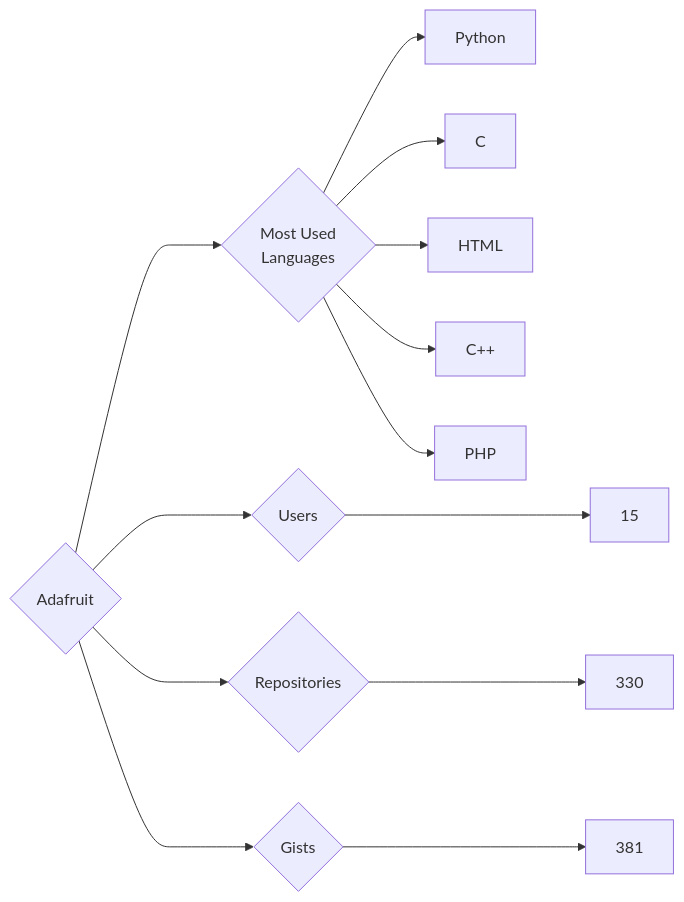
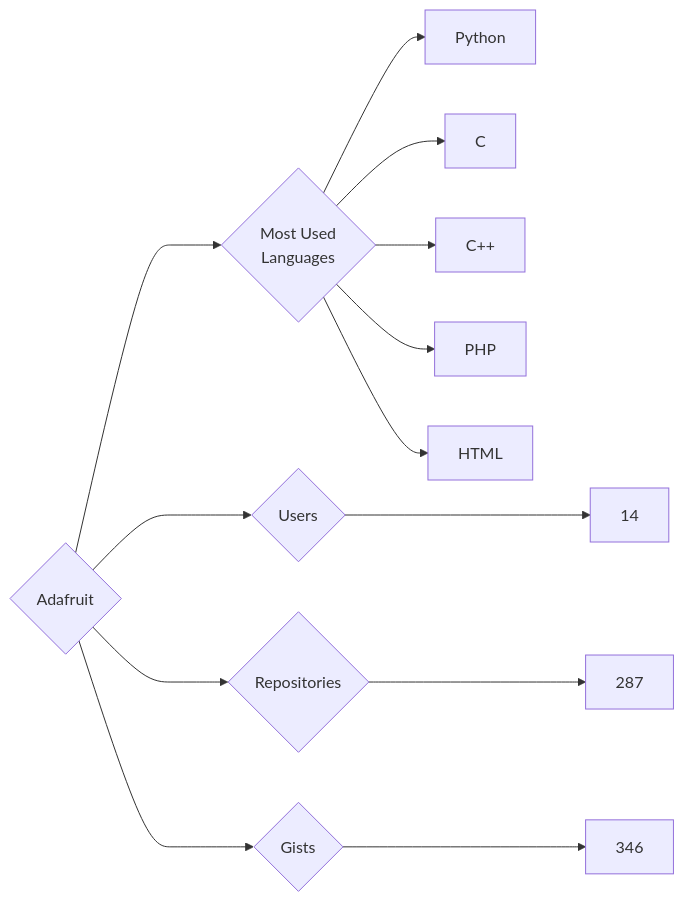
Before and after one commit to trickest/insiders: the diagram in targets/Adafruit/README.md, drawn with Mermaid. The commit also changed 874 other files, not shown here.

````diff
--- a/targets/Adafruit/README.md
+++ b/targets/Adafruit/README.md
@@ -3,13 +3,13 @@
 ```mermaid
 graph LR
 COMPANY_NAME{Adafruit}
-COMPANY_NAME ---> U{Users} ---> UN[15]
-COMPANY_NAME ---> R{Repositories} ---> RN[330]
-COMPANY_NAME ---> G{Gists} ---> GN[381]
+COMPANY_NAME ---> U{Users} ---> UN[14]
+COMPANY_NAME ---> R{Repositories} ---> RN[287]
+COMPANY_NAME ---> G{Gists} ---> GN[346]
 COMPANY_NAME ---> ML{Most Used<br>Languages}
 ML --> Python[Python]
 ML --> C[C]
-ML --> HTML[HTML]
 ML --> C++[C++]
 ML --> PHP[PHP]
+ML --> HTML[HTML]
 ```
````
